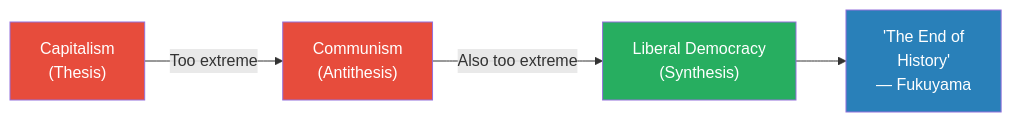
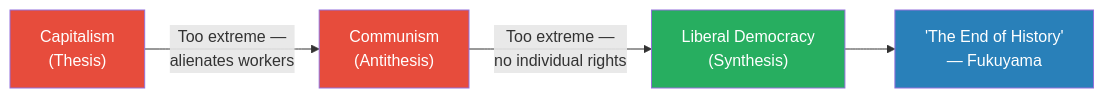
One commit to alius33/reader changed the third of 6 diagrams in summaries/Lectures/Geo-Strategy/09 - Putin's War for the Soul of Russia.md. Above: the diagram before and after it, drawn with Mermaid. The commit also changed other lines of this file and 26 other files, not shown here.

````diff
--- a/summaries/Lectures/Geo-Strategy/09 - Putin's War for the Soul of Russia.md
+++ b/summaries/Lectures/Geo-Strategy/09 - Putin's War for the Soul of Russia.md
@@ -145,11 +144,11 @@
 ```mermaid
 flowchart LR
     T["Capitalism<br/>(Thesis)"]
-    T -->|"Too extreme"| AT["Communism<br/>(Antithesis)"]
-    AT -->|"Also too extreme"| S["Liberal Democracy<br/>(Synthesis)"]
-    S --> E["'The End of<br/>History'<br/>— Fukuyama"]
+    T -->|"Too extreme —<br/>alienates workers"| AT["Communism<br/>(Antithesis)"]
+    AT -->|"Too extreme —<br/>no individual rights"| S["Liberal Democracy<br/>(Synthesis)"]
+    S --> E["'The End of History'<br/>— Fukuyama"]
     style T fill:#e74c3c,color:#fff
     style AT fill:#e74c3c,color:#fff
     style S fill:#27ae60,color:#fff
     style E fill:#2980b9,color:#fff
 ```
````
